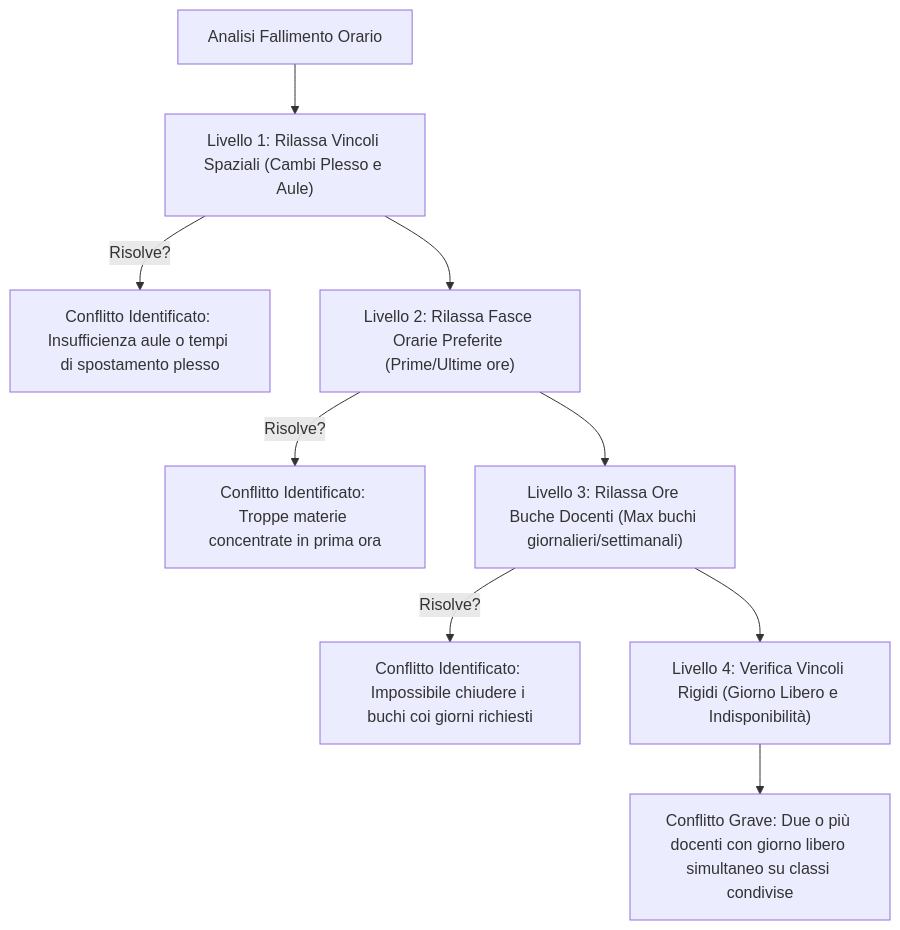
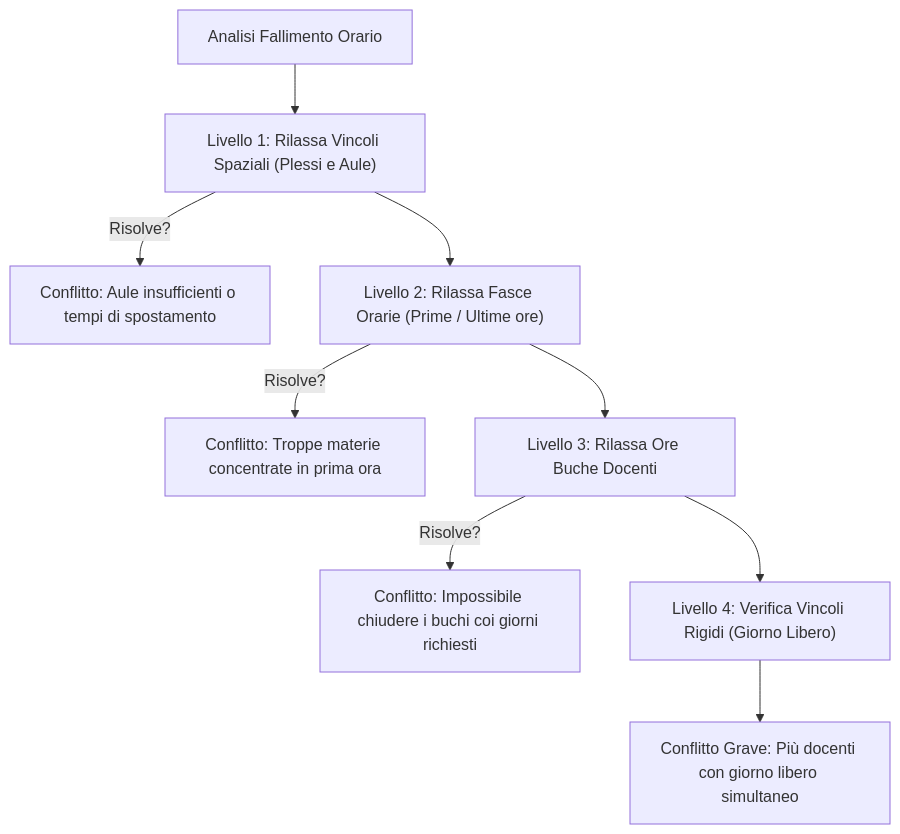
One commit to carlorigoni/eurario changed the third of 3 diagrams in docs/timetable-flow.md. Above: the diagram before and after it, drawn with Mermaid. The commit also changed other lines of this file and 13 other files, not shown here.

````diff
--- a/docs/timetable-flow.md
+++ b/docs/timetable-flow.md
@@ -108,11 +131,11 @@
 ```mermaid
 graph TD
-    Start["Analisi Fallimento Orario"] --> Step1["Livello 1: Rilassa Vincoli Spaziali (Cambi Plesso e Aule)"]
-    Step1 -->|"Risolve?"| Sol1["Conflitto Identificato: Insufficienza aule o tempi di spostamento plesso"]
-    Step1 --> Step2["Livello 2: Rilassa Fasce Orarie Preferite (Prime/Ultime ore)"]
-    Step2 -->|"Risolve?"| Sol2["Conflitto Identificato: Troppe materie concentrate in prima ora"]
-    Step2 --> Step3["Livello 3: Rilassa Ore Buche Docenti (Max buchi giornalieri/settimanali)"]
-    Step3 -->|"Risolve?"| Sol3["Conflitto Identificato: Impossibile chiudere i buchi coi giorni richiesti"]
-    Step3 --> Step4["Livello 4: Verifica Vincoli Rigidi (Giorno Libero e Indisponibilità)"]
-    Step4 --> Sol4["Conflitto Grave: Due o più docenti con giorno libero simultaneo su classi condivise"]
+    Start["Analisi Fallimento Orario"] --> Step1["Livello 1: Rilassa Vincoli Spaziali (Plessi e Aule)"]
+    Step1 -->|"Risolve?"| Sol1["Conflitto: Aule insufficienti o tempi di spostamento"]
+    Step1 --> Step2["Livello 2: Rilassa Fasce Orarie (Prime / Ultime ore)"]
+    Step2 -->|"Risolve?"| Sol2["Conflitto: Troppe materie concentrate in prima ora"]
+    Step2 --> Step3["Livello 3: Rilassa Ore Buche Docenti"]
+    Step3 -->|"Risolve?"| Sol3["Conflitto: Impossibile chiudere i buchi coi giorni richiesti"]
+    Step3 --> Step4["Livello 4: Verifica Vincoli Rigidi (Giorno Libero)"]
+    Step4 --> Sol4["Conflitto Grave: Più docenti con giorno libero simultaneo"]
 ```
````
